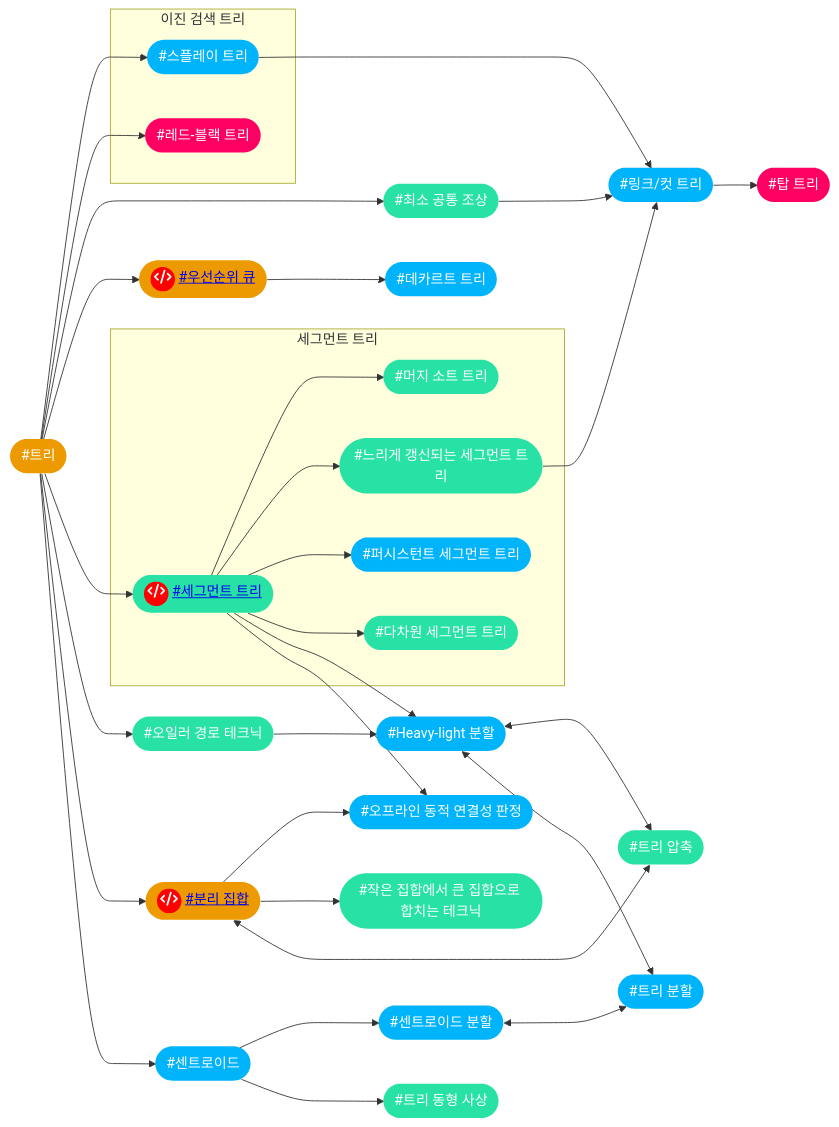
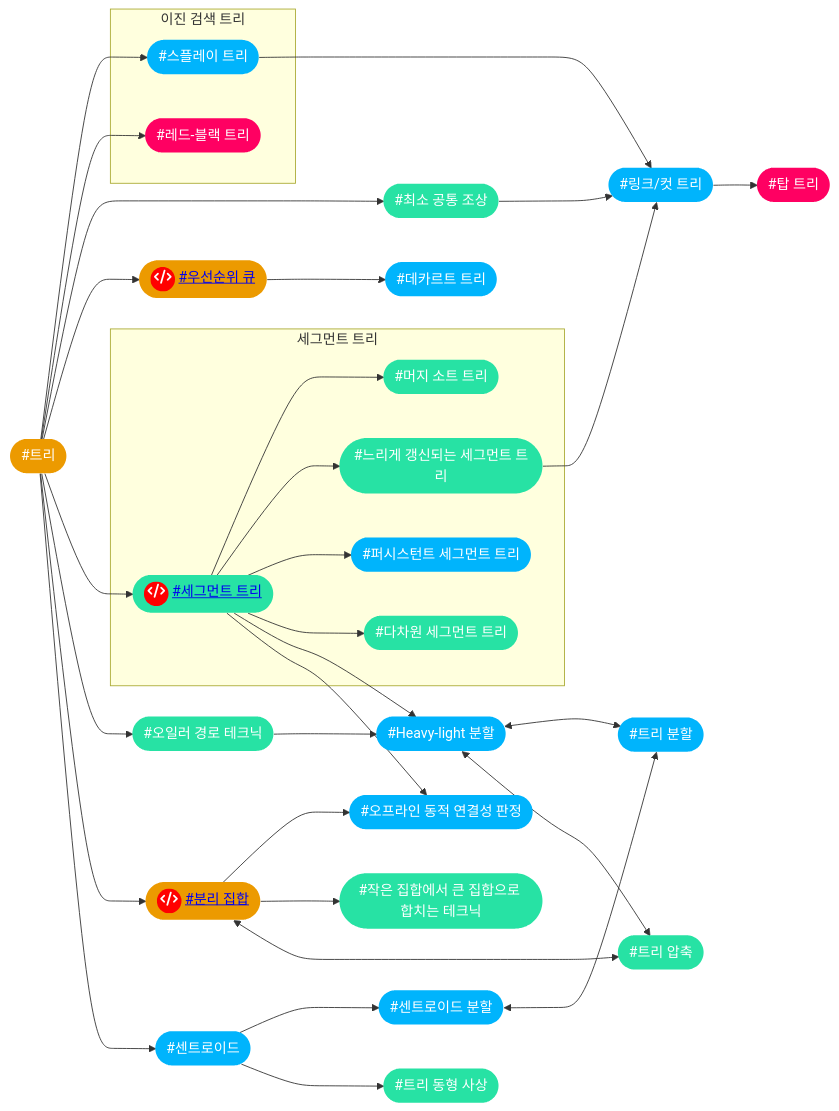
Before and after one commit to CHOYUNSIG/algorithm_with_boj: the sixth of 14 diagrams in index.md, drawn with Mermaid. The commit also changed other lines of this file, not shown here.

```diff
--- a/index.md
+++ b/index.md
@@ -147,76 +224,76 @@
 <pre class="mermaid">
     graph LR
 
     #trees --> #splay_tree
     #trees --> #rb_tree
     #trees --> #lca
     #trees --> #priority_queue
     #trees --> #segtree
     #trees --> #euler_tour_technique
     #trees --> #disjoint_set
     #trees --> #centroid
     #priority_queue --> #cartesian_tree
     #lca --> #link_cut_tree
-    #disjoint_set --> #offline_dynamic_connectivity
-    #disjoint_set --> #smaller_to_larger
-    #disjoint_set <--> #tree_compression
     #centroid --> #centroid_decomposition
     #centroid --> #tree_isomorphism
     #splay_tree --> #link_cut_tree
     #link_cut_tree --> #top_tree
     #euler_tour_technique --> #hld
     #segtree --> #merge_sort_tree
     #segtree --> #lazyprop
     #segtree --> #pst
     #segtree --> #multi_segtree
     #segtree --> #hld
     #segtree --> #offline_dynamic_connectivity
     #lazyprop --> #link_cut_tree
+    #hld <--> #tree_decomposition
     #hld <--> #tree_compression
-    #hld <--> #tree_decomposition
     #centroid_decomposition <--> #tree_decomposition
+    #disjoint_set --> #offline_dynamic_connectivity
+    #disjoint_set --> #smaller_to_larger
+    #disjoint_set <--> #tree_compression
 
     subgraph 이진 검색 트리
         #splay_tree
         #rb_tree
     end
 
     subgraph 세그먼트 트리
         #segtree
         #merge_sort_tree
         #lazyprop
         #pst
         #multi_segtree
     end
 
     #hld(["#Heavy-light 분할"]):::tier4
     #lazyprop(["#느리게 갱신되는 세그먼트 트리"]):::tier3
     #multi_segtree(["#다차원 세그먼트 트리"]):::tier3
     #cartesian_tree(["#데카르트 트리"]):::tier4
     #rb_tree(["#레드-블랙 트리"]):::tier5
     #link_cut_tree(["#링크/컷 트리"]):::tier4
     #merge_sort_tree(["#머지 소트 트리"]):::tier3
     #disjoint_set(["<span style="background-color: red; border-radius: 50%; display:inline-block; width:28px; height:28px">fa:fa-code</span> <a href="post/2024/01/13/disjoint_set.html">#분리 집합</a>"]):::tier2
     #segtree(["<span style="background-color: red; border-radius: 50%; display:inline-block; width:28px; height:28px">fa:fa-code</span> <a href="post/2024/01/11/segtree.html">#세그먼트 트리</a>"]):::tier3
     #centroid(["#센트로이드"]):::tier4
     #centroid_decomposition(["#센트로이드 분할"]):::tier4
     #splay_tree(["#스플레이 트리"]):::tier4
     #euler_tour_technique(["#오일러 경로 테크닉"]):::tier3
     #offline_dynamic_connectivity(["#오프라인 동적 연결성 판정"]):::tier4
     #priority_queue(["<span style="background-color: red; border-radius: 50%; display:inline-block; width:28px; height:28px">fa:fa-code</span> <a href="post/2024/01/15/priority_queue.html">#우선순위 큐</a>"]):::tier2
     #smaller_to_larger(["#작은 집합에서 큰 집합으로 합치는 테크닉"]):::tier3
     #lca(["#최소 공통 조상"]):::tier3
     #top_tree(["#탑 트리"]):::tier5
     #trees(["#트리"]):::tier2
     #tree_isomorphism(["#트리 동형 사상"]):::tier3
     #tree_decomposition(["#트리 분할"]):::tier4
     #tree_compression(["#트리 압축"]):::tier3
     #pst(["#퍼시스턴트 세그먼트 트리"]):::tier4
 
     classDef tier0 fill:#ad5600, color:#fff, stroke:#0000
     classDef tier1 fill:#435f7a, color:#fff, stroke:#0000
     classDef tier2 fill:#ec9a00, color:#fff, stroke:#0000
     classDef tier3 fill:#27e2a4, color:#fff, stroke:#0000
     classDef tier4 fill:#00b4fc, color:#fff, stroke:#0000
     classDef tier5 fill:#ff0062, color:#fff, stroke:#0000
 </pre>
```
